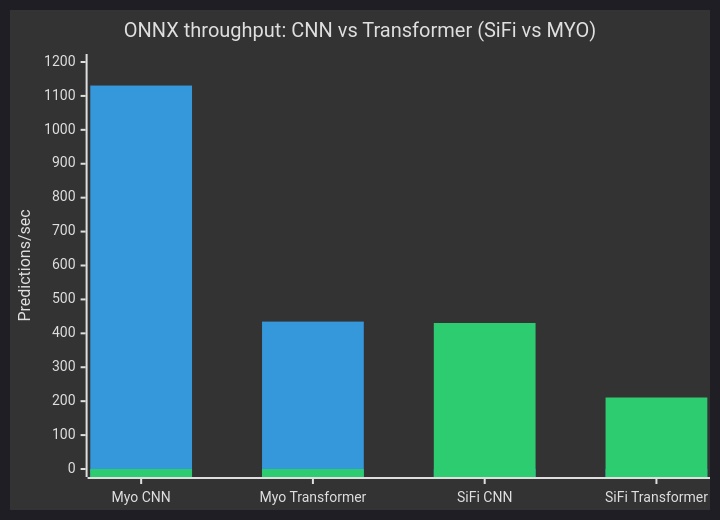
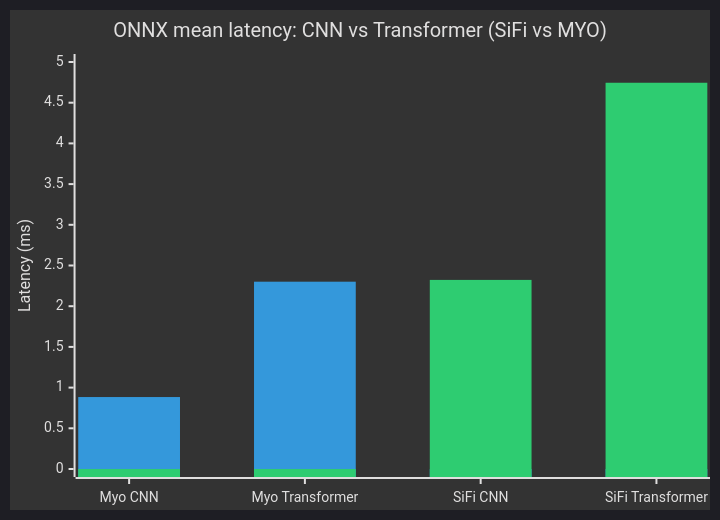
Before and after one commit to ShriramRaghu-UofA/QGrip: the first of 5 diagrams in BENCHMARKS.md, drawn with Mermaid. The commit also changed other lines of this file, not shown here.

Commit message:
Update device comparison bars

````diff
--- a/BENCHMARKS.md
+++ b/BENCHMARKS.md
@@ -32,10 +32,10 @@
 ```mermaid
 
 %%{init: {'theme': 'dark'}}%%
 xychart
-    title "ONNX throughput: CNN vs Transformer (SiFi vs MYO)"
+    title "ONNX mean latency: CNN vs Transformer (SiFi vs MYO)"
     x-axis ["Myo CNN", "Myo Transformer", "SiFi CNN", "SiFi Transformer"]
-    y-axis "Predictions/sec" 0 --> 1200
-    bar "MYO" [1130.6, 434.6, 0, 0]
-    bar "SiFi" [0, 0, 430.5, 210.8]
+    y-axis "Latency (ms)" 0 --> 5
+    bar "MYO" [0.884, 2.301, 0, 0]
+    bar "SiFi" [0, 0, 2.323, 4.745]
 ```
````
